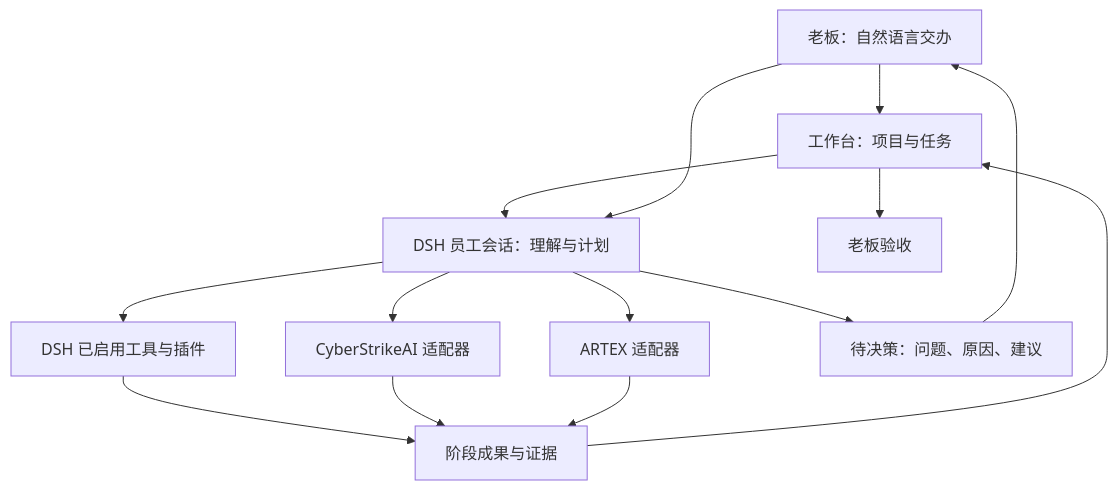
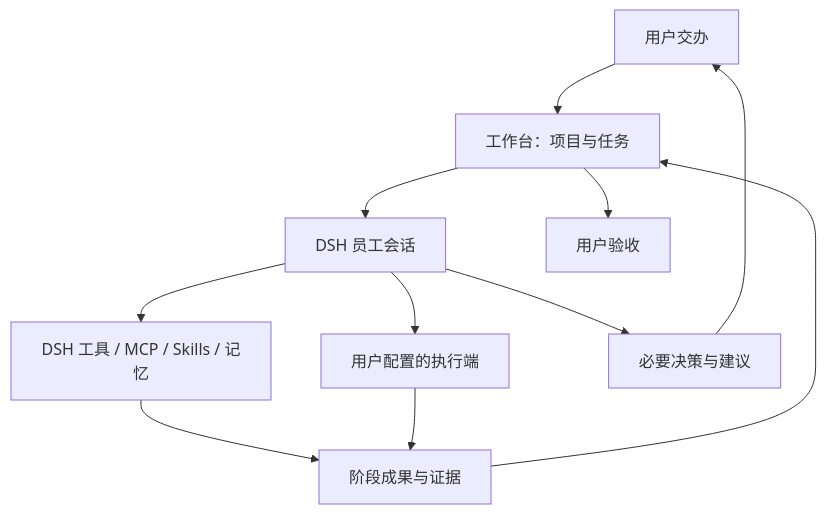
The diagram in README.md (Sycun/dsh-workbench), drawn with Mermaid before and after one commit. The commit also changed other lines of this file and 28 other files, not shown here.

````diff
--- a/README.md
+++ b/README.md
@@ -18,16 +48,13 @@
 ```mermaid
 flowchart TD
-  B[老板：自然语言交办] --> W[工作台：项目与任务]
-  W --> D[DSH 员工会话：理解与计划]
-  D --> T[DSH 已启用工具与插件]
-  D --> C[CyberStrikeAI 适配器]
-  D --> A[ARTEX 适配器]
+  U[用户交办] --> W[工作台：项目与任务]
+  W --> A[DSH 员工会话]
+  A --> T[DSH 工具 / MCP / Skills / 记忆]
+  A --> E[用户配置的执行端]
   T --> R[阶段成果与证据]
-  C --> R
-  A --> R
-  D --> Q[待决策：问题、原因、建议]
-  Q --> B
-  B --> D
+  E --> R
+  A --> Q[必要决策与建议]
+  Q --> U
   R --> W
-  W --> V[老板验收]
+  W --> V[用户验收]
 ```
````
